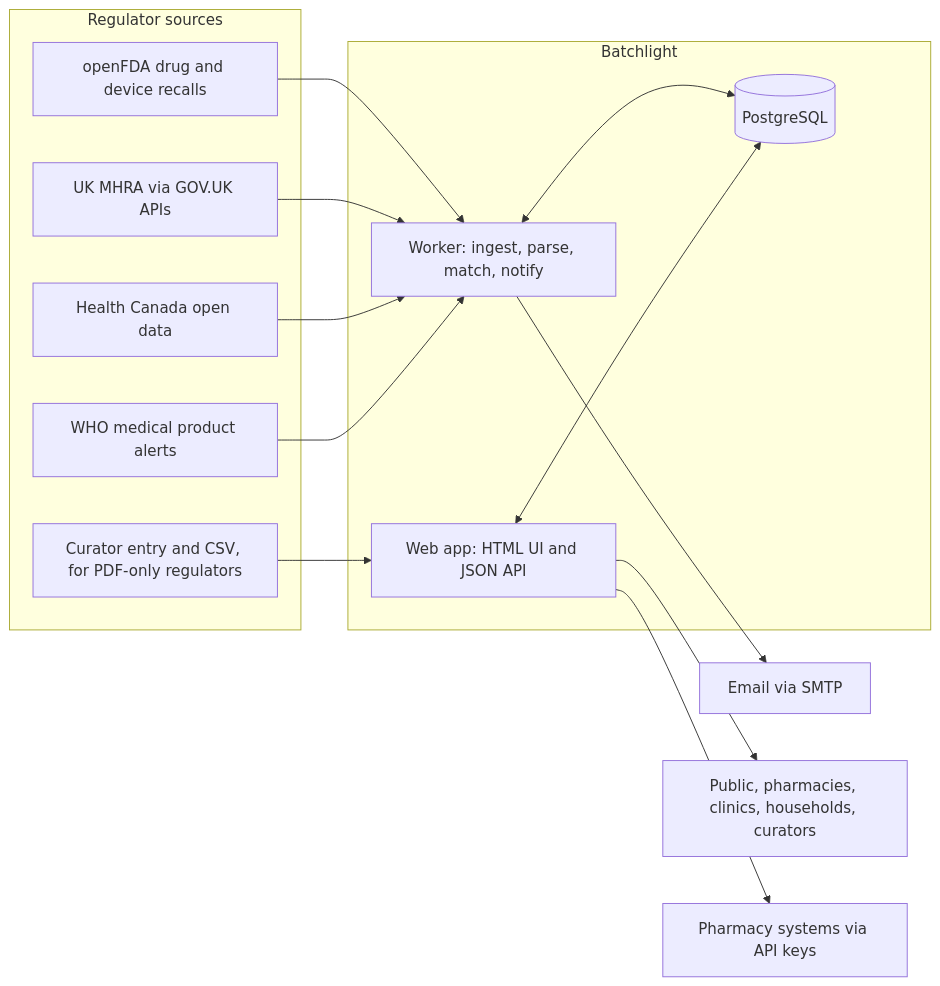
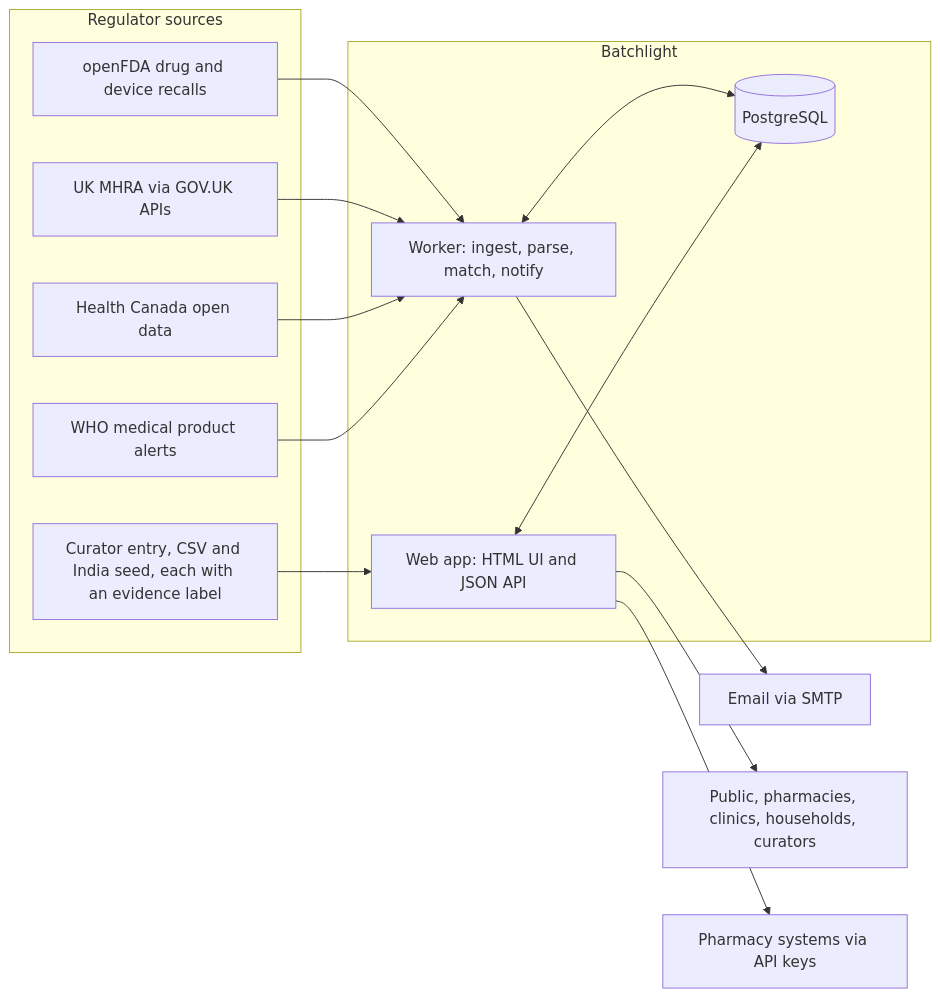
Before and after one commit to greenwichg/Humanity-Labs: the first of 2 diagrams in docs/ARCHITECTURE.md, drawn with Mermaid. The commit also changed other lines of this file and 65 other files, not shown here.

````diff
--- a/docs/ARCHITECTURE.md
+++ b/docs/ARCHITECTURE.md
@@ -15,25 +15,25 @@
 ```mermaid
 flowchart LR
     subgraph Sources[Regulator sources]
         FDA[openFDA drug and device recalls]
         MHRA[UK MHRA via GOV.UK APIs]
         HC[Health Canada open data]
         WHO[WHO medical product alerts]
-        CUR[Curator entry and CSV, for PDF-only regulators]
+        CUR[Curator entry, CSV and India seed, each with an evidence label]
     end
     subgraph Batchlight
         W[Worker: ingest, parse, match, notify]
         DB[(PostgreSQL)]
         WEB[Web app: HTML UI and JSON API]
     end
     FDA --> W
     MHRA --> W
     HC --> W
     WHO --> W
     CUR --> WEB
     W <--> DB
     WEB <--> DB
     W --> SMTP[Email via SMTP]
     WEB --> Users[Public, pharmacies, clinics, households, curators]
     WEB --> POS[Pharmacy systems via API keys]
 ```
````
